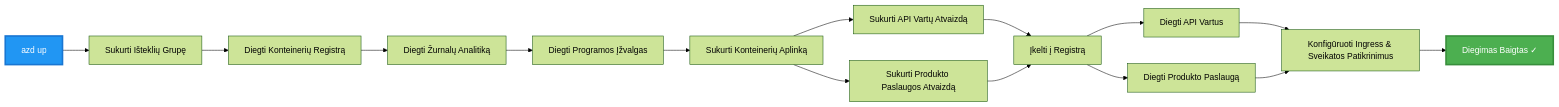
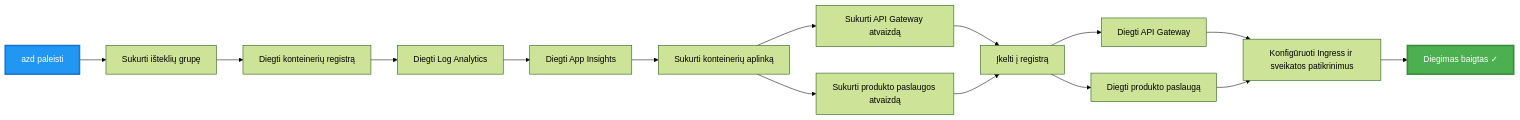
One commit to microsoft/AZD-for-beginners changed the third of 4 diagrams in translations/lt/examples/microservices/README.md. Above: the diagram before and after it, drawn with Mermaid (forest theme). The commit also changed other lines of this file and 242 other files, not shown here.

````diff
--- a/translations/lt/examples/microservices/README.md
+++ b/translations/lt/examples/microservices/README.md
@@ -242,20 +231,20 @@
 ```mermaid
 graph LR
-    A[azd up] --> B[Sukurti Išteklių Grupę]
-    B --> C[Diegti Konteinerių Registrą]
-    C --> D[Diegti Žurnalų Analitiką]
-    D --> E[Diegti Programos Įžvalgas]
-    E --> F[Sukurti Konteinerių Aplinką]
-    F --> G[Sukurti API Vartų Atvaizdą]
-    F --> H[Sukurti Produkto Paslaugos Atvaizdą]
-    G --> I[Įkelti į Registrą]
+    A[azd paleisti] --> B[Sukurti išteklių grupę]
+    B --> C[Diegti konteinerių registrą]
+    C --> D[Diegti Log Analytics]
+    D --> E[Diegti App Insights]
+    E --> F[Sukurti konteinerių aplinką]
+    F --> G[Sukurti API Gateway atvaizdą]
+    F --> H[Sukurti produkto paslaugos atvaizdą]
+    G --> I[Įkelti į registrą]
     H --> I
-    I --> J[Diegti API Vartus]
-    I --> K[Diegti Produkto Paslaugą]
-    J --> L[Konfigūruoti Ingress & Sveikatos Patikrinimus]
+    I --> J[Diegti API Gateway]
+    I --> K[Diegti produkto paslaugą]
+    J --> L[Konfigūruoti Ingress ir sveikatos patikrinimus]
     K --> L
-    L --> M[Diegimas Baigtas ✓]
+    L --> M[Diegimas baigtas ✓]
     
     style A fill:#2196F3,stroke:#1976D2,stroke-width:3px,color:#fff
     style M fill:#4CAF50,stroke:#388E3C,stroke-width:3px,color:#fff
 ```
````
